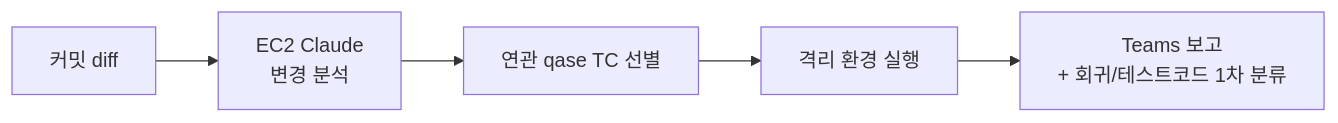
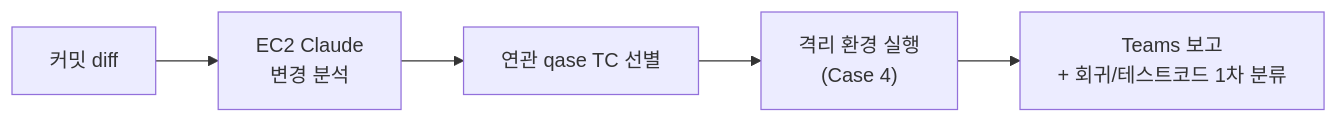
One commit to crowwan/resume changed the fourth of 7 diagrams in portfolio.md. Above: the diagram before and after it, drawn with Mermaid. The commit also changed other lines of this file and 2 other files, not shown here.

````diff
--- a/portfolio.md
+++ b/portfolio.md
@@ -141,7 +207,7 @@
 ```mermaid
 flowchart LR
   Commit["커밋 diff"] --> Claude["EC2 Claude<br/>변경 분석"]
   Claude --> Select["연관 qase TC 선별"]
-  Select --> Run["격리 환경 실행"]
+  Select --> Run["격리 환경 실행<br/>(Case 4)"]
   Run --> Teams["Teams 보고<br/>+ 회귀/테스트코드 1차 분류"]
 ```
````
